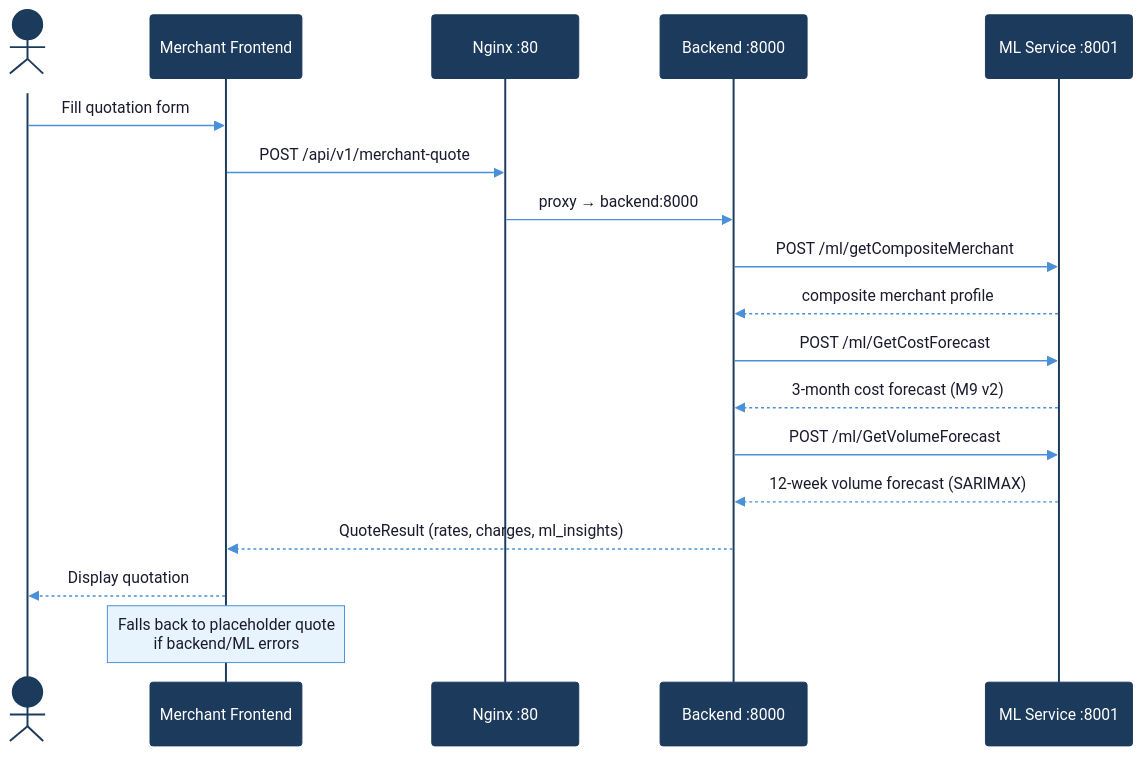
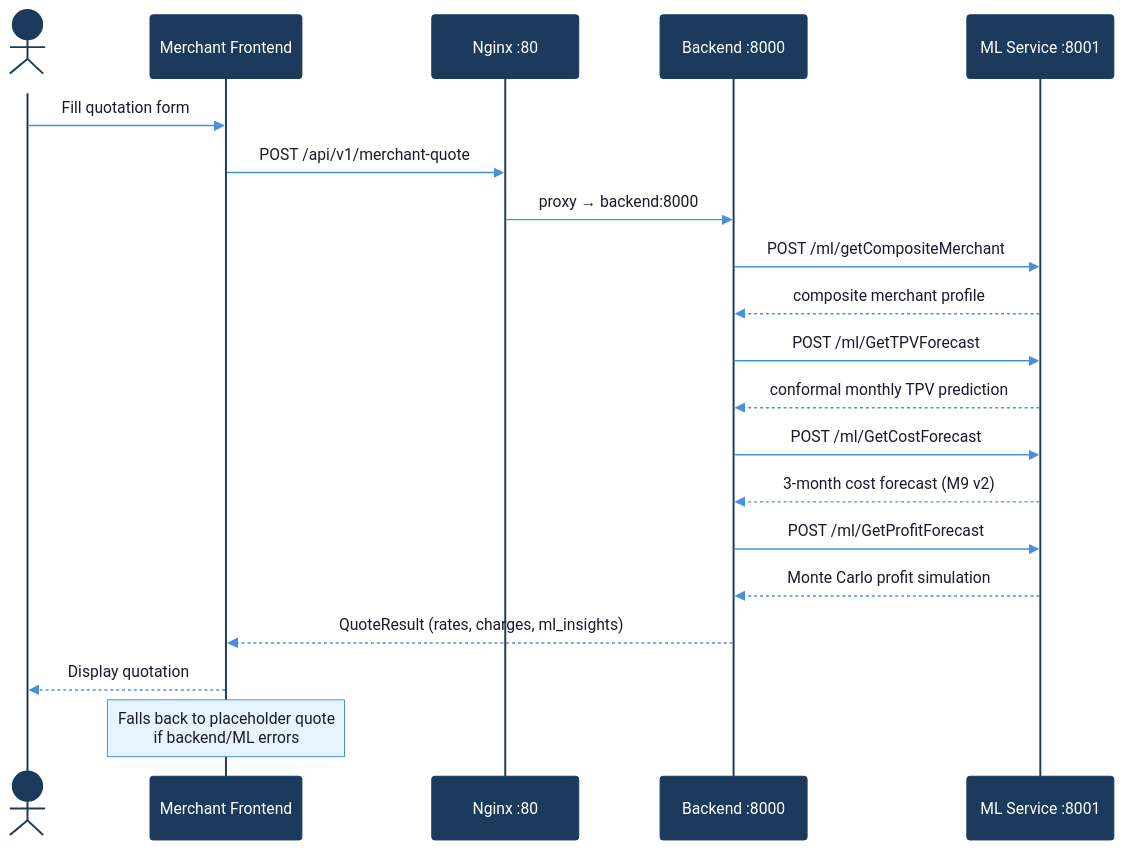
Before and after one commit to Yattmeo/404_found_us: the sixth of 11 diagrams in ARCHITECTURE.md, drawn with Mermaid. The commit also changed other lines of this file and 3 other files, not shown here.

````diff
--- a/ARCHITECTURE.md
+++ b/ARCHITECTURE.md
@@ -239,27 +249,30 @@
 ```mermaid
 %%{init: {'theme': 'base', 'themeVariables': { 'actorBkg': '#1B3A5C', 'actorTextColor': '#ffffff', 'actorBorder': '#1B3A5C', 'activationBorderColor': '#4A90D9', 'activationBkgColor': '#D6EAF8', 'signalColor': '#4A90D9', 'signalTextColor': '#1a1a2e', 'labelBoxBkgColor': '#4A90D9', 'labelBoxBorderColor': '#1B3A5C', 'labelTextColor': '#ffffff', 'noteBkgColor': '#E8F4FD', 'noteBorderColor': '#4A90D9', 'noteTextColor': '#1a1a2e', 'loopTextColor': '#1B3A5C', 'fontFamily': 'Segoe UI, sans-serif' }}}%%
 sequenceDiagram
     actor User
     participant MFE as Merchant Frontend
     participant NG as Nginx :80
     participant BE as Backend :8000
     participant ML as ML Service :8001
 
     User->>MFE: Fill quotation form
     MFE->>NG: POST /api/v1/merchant-quote
     NG->>BE: proxy → backend:8000
 
     BE->>ML: POST /ml/getCompositeMerchant
     ML-->>BE: composite merchant profile
 
+    BE->>ML: POST /ml/GetTPVForecast
+    ML-->>BE: conformal monthly TPV prediction
+
     BE->>ML: POST /ml/GetCostForecast
     ML-->>BE: 3-month cost forecast (M9 v2)
 
-    BE->>ML: POST /ml/GetVolumeForecast
-    ML-->>BE: 12-week volume forecast (SARIMAX)
+    BE->>ML: POST /ml/GetProfitForecast
+    ML-->>BE: Monte Carlo profit simulation
 
     BE-->>MFE: QuoteResult (rates, charges, ml_insights)
     MFE-->>User: Display quotation
 
     Note over MFE: Falls back to placeholder quote<br/>if backend/ML errors
 ```
````
